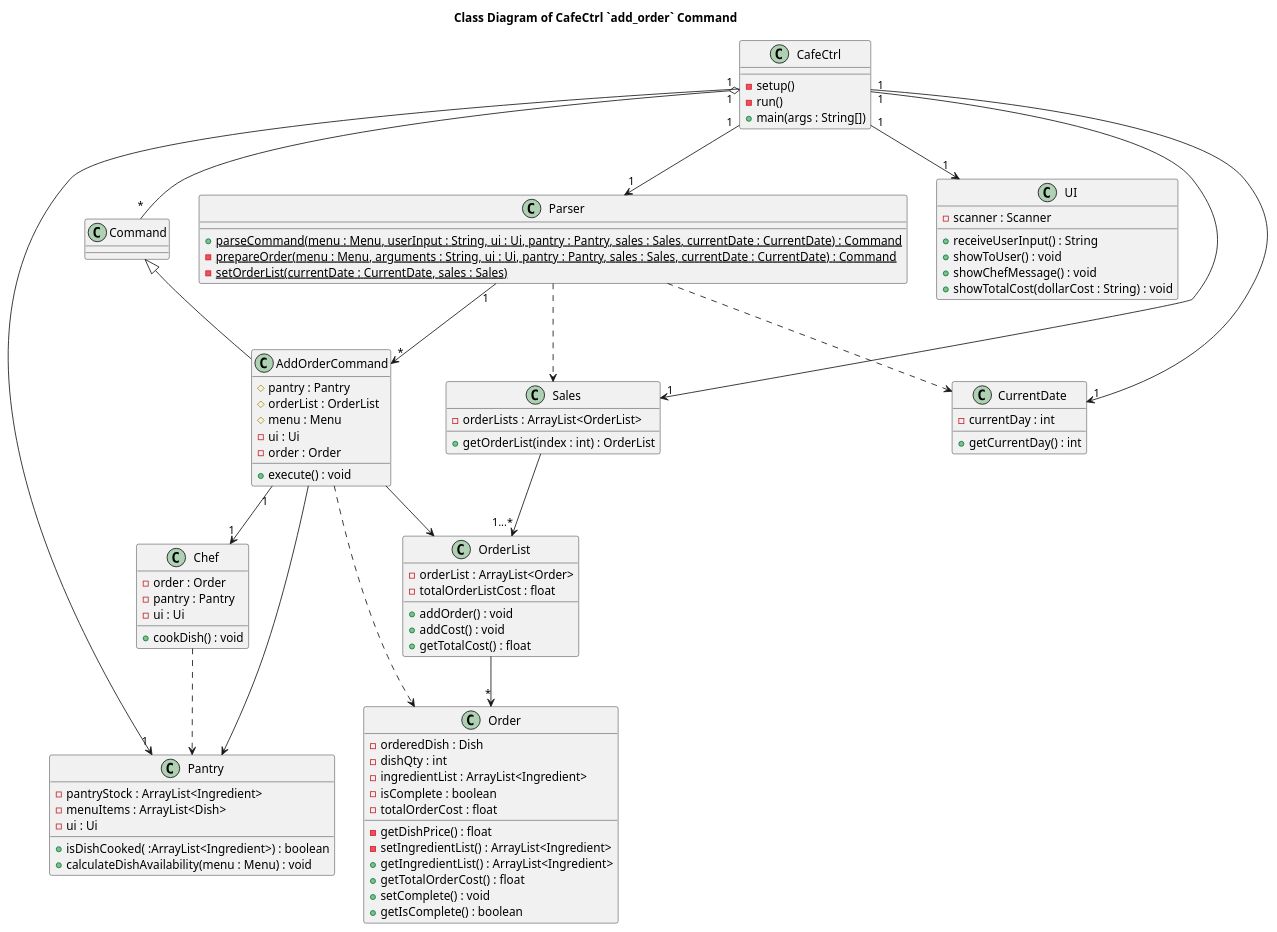
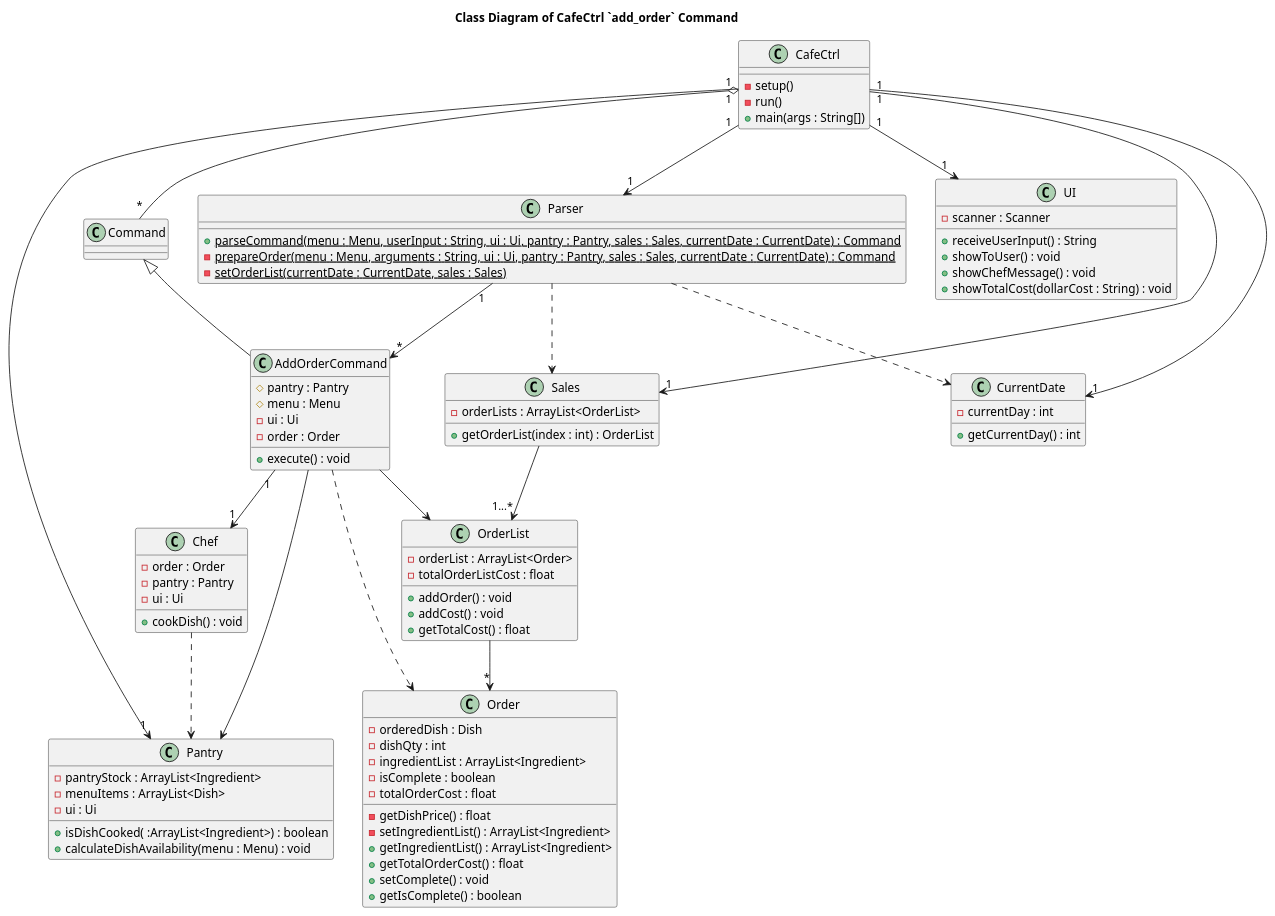
One commit to nus-cs2113-AY2324S1/tp changed the diagram in docs/diagrams/class/AddOrderCommandClass.puml. Above: the diagram before and after it, drawn with PlantUML.

Commit message:
Update Class diagram with regards to TA comment

```diff
--- a/docs/diagrams/class/AddOrderCommandClass.puml
+++ b/docs/diagrams/class/AddOrderCommandClass.puml
@@ -1,105 +1,104 @@
 @startuml
 'https://plantuml.com/class-diagram
 
 title Class Diagram of CafeCtrl `add_order` Command
 
 CafeCtrl "1" --> "1" UI
 CafeCtrl "1" --> "1" Parser
 CafeCtrl "1" --> "1" Sales
 CafeCtrl "1" --> "1" Pantry
 CafeCtrl "1" --> "1" CurrentDate
 CafeCtrl "1" o-- "*" Command
 
 Command <|- AddOrderCommand
 Parser "1" --> "*" AddOrderCommand
 Parser ..> CurrentDate
 Parser ..> Sales
 AddOrderCommand --> OrderList
 AddOrderCommand "1" --> "1" Chef
 AddOrderCommand --> Pantry
 AddOrderCommand ..> Order
 OrderList --> "*" Order
 Sales --> "1...*" OrderList
 Chef ..> Pantry
 
 class CafeCtrl {
 - setup()
 - run()
 + main(args : String[])
 }
 
 class Command {
 
 }
 
 class UI {
 - scanner : Scanner
 + receiveUserInput() : String
 + showToUser() : void
 + showChefMessage() : void
 + showTotalCost(dollarCost : String) : void
 }
 
 class AddOrderCommand {
 # pantry : Pantry
-# orderList : OrderList
 # menu : Menu
 - ui : Ui
 - order : Order
 + execute() : void
 }
 
 class Parser {
 {static} + parseCommand(menu : Menu, userInput : String, ui : Ui, pantry : Pantry, sales : Sales, currentDate : CurrentDate) : Command
 {static} - prepareOrder(menu : Menu, arguments : String, ui : Ui, pantry : Pantry, sales : Sales, currentDate : CurrentDate) : Command
 {static} - setOrderList(currentDate : CurrentDate, sales : Sales)
 }
 
 class OrderList {
 - orderList : ArrayList<Order>
 - totalOrderListCost : float
 + addOrder() : void
 + addCost() : void
 + getTotalCost() : float
 }
 
 class Order {
 - orderedDish : Dish
 - dishQty : int
 - ingredientList : ArrayList<Ingredient>
 - isComplete : boolean
 - totalOrderCost : float
 - getDishPrice() : float
 - setIngredientList() : ArrayList<Ingredient>
 + getIngredientList() : ArrayList<Ingredient>
 + getTotalOrderCost() : float
 + setComplete() : void
 + getIsComplete() : boolean
 }
 
 class Chef {
 - order : Order
 - pantry : Pantry
 - ui : Ui
 + cookDish() : void
 }
 
 class Pantry {
 - pantryStock : ArrayList<Ingredient>
 - menuItems : ArrayList<Dish>
 - ui : Ui
 + isDishCooked( :ArrayList<Ingredient>) : boolean
 + calculateDishAvailability(menu : Menu) : void
 }
 
 class Sales {
 - orderLists : ArrayList<OrderList>
 + getOrderList(index : int) : OrderList
 }
 
 class CurrentDate {
 - currentDay : int
 + getCurrentDay() : int
 }
 
 @enduml
```
